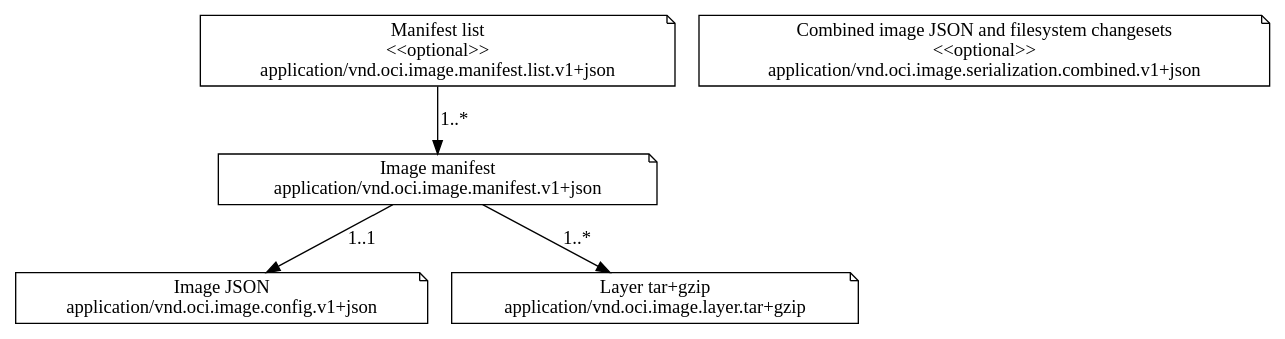
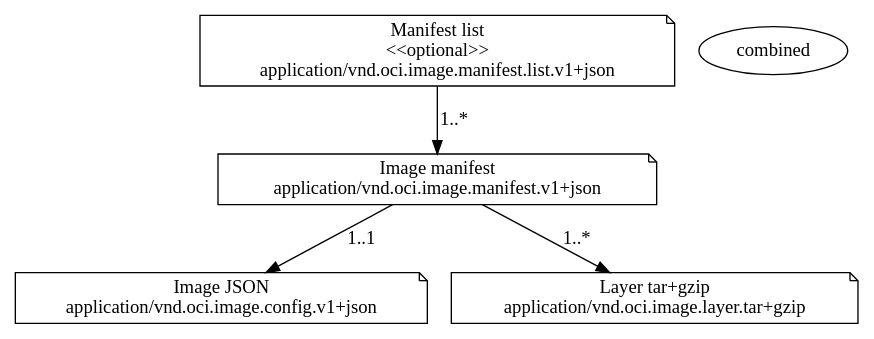
The diagram in img/media-types.dot (dattgoswami9lk5g/bremlinr), drawn with Graphviz before and after one commit.

Commit message:
[Media Types] Update graphic to remove combined

```diff
--- a/img/media-types.dot
+++ b/img/media-types.dot
@@ -1,14 +1,13 @@
 digraph G {
   {
     manifestList [shape=note, label="Manifest list\n<<optional>>\napplication/vnd.oci.image.manifest.list.v1+json"]
     manifest [shape=note, label="Image manifest\napplication/vnd.oci.image.manifest.v1+json"]
     config [shape=note, label="Image JSON\napplication/vnd.oci.image.config.v1+json"]
     layer [shape=note, label="Layer tar+gzip\napplication/vnd.oci.image.layer.tar+gzip"]
-    combined [shape=note, label="Combined image JSON and filesystem changesets\n<<optional>>\napplication/vnd.oci.image.serialization.combined.v1+json"]
   }
 
   manifestList -> manifest [label="1..*"]
   manifest -> config [label="1..1"]
   manifest -> layer [label="1..*"]
   combined
 }
```
